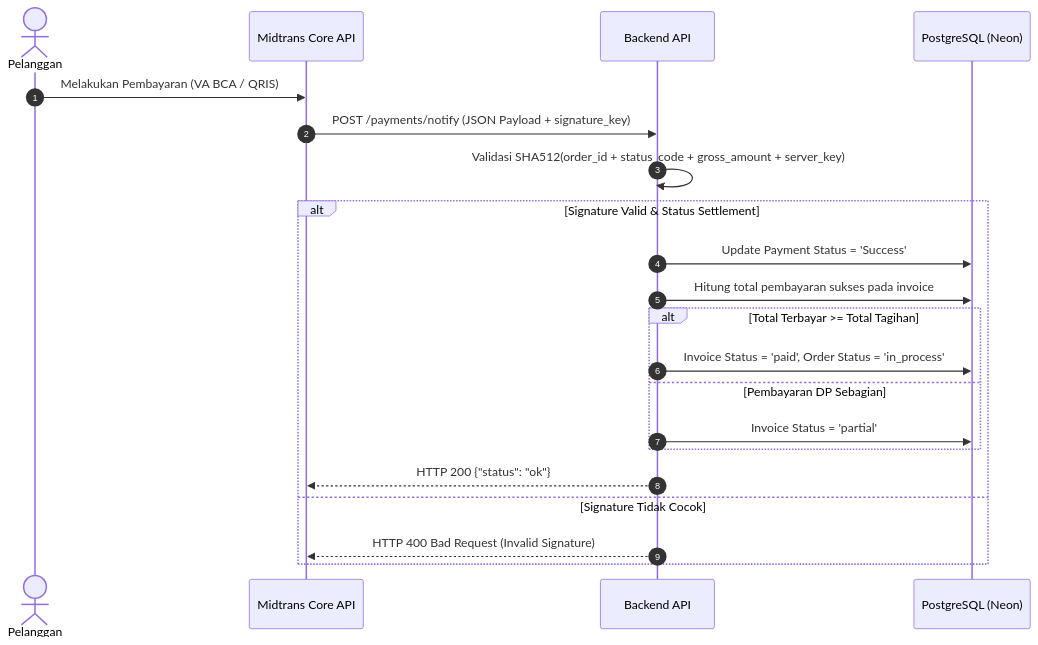
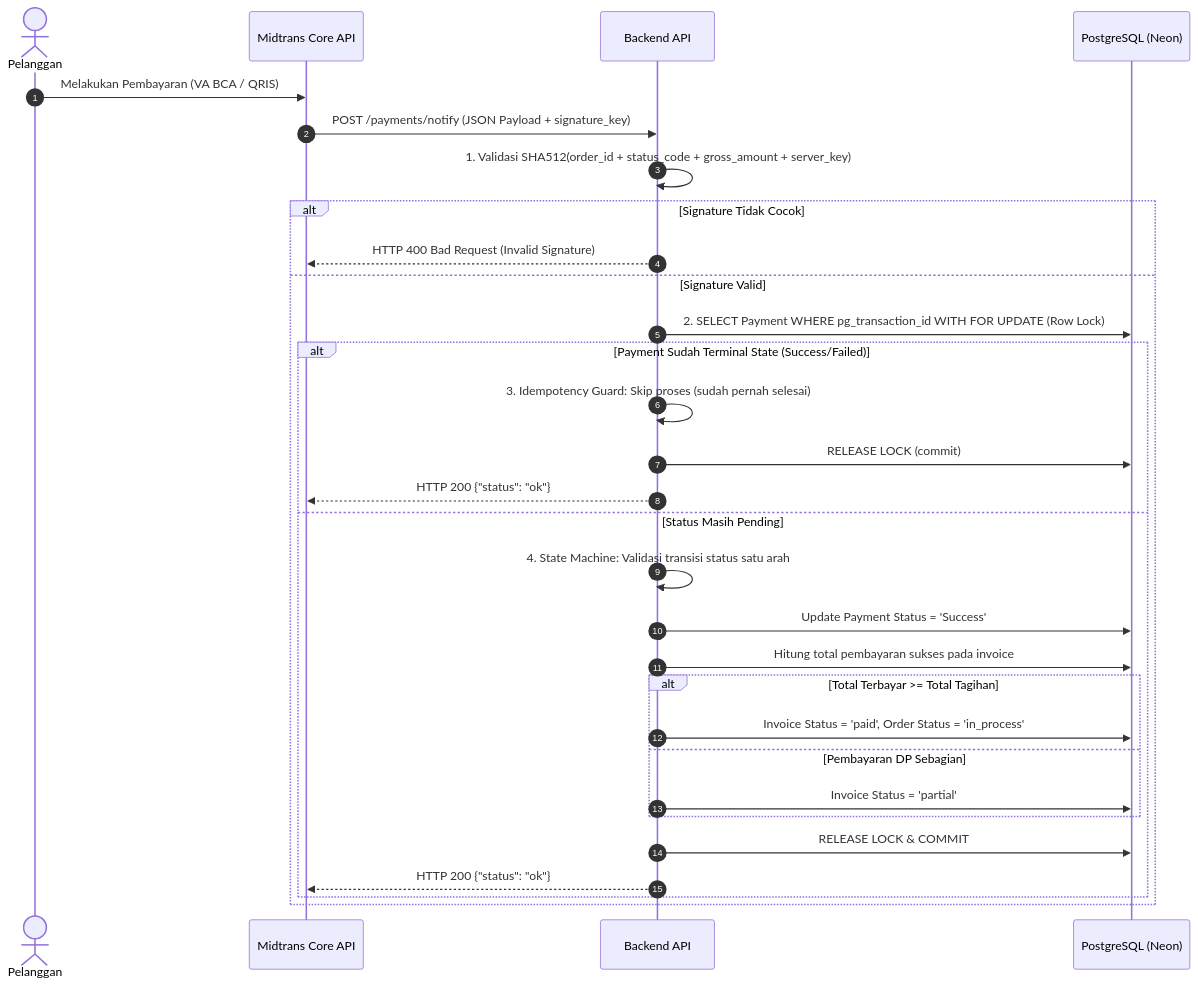
Before and after one commit to Nicholl2/Backend-Cakery: the second of 4 diagrams in ARCHITECTURE_INTEGRATION.md, drawn with Mermaid. The commit also changed 14 other files, not shown here.

````diff
--- a/ARCHITECTURE_INTEGRATION.md
+++ b/ARCHITECTURE_INTEGRATION.md
@@ -80,24 +80,33 @@
 ```mermaid
 sequenceDiagram
     autonumber
     actor Customer as Pelanggan
     participant Midtrans as Midtrans Core API
     participant Backend as Backend API
     participant DB as PostgreSQL (Neon)
 
     Customer->>Midtrans: Melakukan Pembayaran (VA BCA / QRIS)
     Midtrans->>Backend: POST /payments/notify (JSON Payload + signature_key)
-    Backend->>Backend: Validasi SHA512(order_id + status_code + gross_amount + server_key)
-    alt Signature Valid & Status Settlement
-        Backend->>DB: Update Payment Status = 'Success'
-        Backend->>DB: Hitung total pembayaran sukses pada invoice
-        alt Total Terbayar >= Total Tagihan
-            Backend->>DB: Invoice Status = 'paid', Order Status = 'in_process'
-        else Pembayaran DP Sebagian
-            Backend->>DB: Invoice Status = 'partial'
+    Backend->>Backend: 1. Validasi SHA512(order_id + status_code + gross_amount + server_key)
+    alt Signature Tidak Cocok
+        Backend-->>Midtrans: HTTP 400 Bad Request (Invalid Signature)
+    else Signature Valid
+        Backend->>DB: 2. SELECT Payment WHERE pg_transaction_id WITH FOR UPDATE (Row Lock)
+        alt Payment Sudah Terminal State (Success/Failed)
+            Backend->>Backend: 3. Idempotency Guard: Skip proses (sudah pernah selesai)
+            Backend->>DB: RELEASE LOCK (commit)
+            Backend-->>Midtrans: HTTP 200 {"status": "ok"}
+        else Status Masih Pending
+            Backend->>Backend: 4. State Machine: Validasi transisi status satu arah
+            Backend->>DB: Update Payment Status = 'Success'
+            Backend->>DB: Hitung total pembayaran sukses pada invoice
+            alt Total Terbayar >= Total Tagihan
+                Backend->>DB: Invoice Status = 'paid', Order Status = 'in_process'
+            else Pembayaran DP Sebagian
+                Backend->>DB: Invoice Status = 'partial'
+            end
+            Backend->>DB: RELEASE LOCK & COMMIT
+            Backend-->>Midtrans: HTTP 200 {"status": "ok"}
         end
-        Backend-->>Midtrans: HTTP 200 {"status": "ok"}
-    else Signature Tidak Cocok
-        Backend-->>Midtrans: HTTP 400 Bad Request (Invalid Signature)
     end
 ```
````
